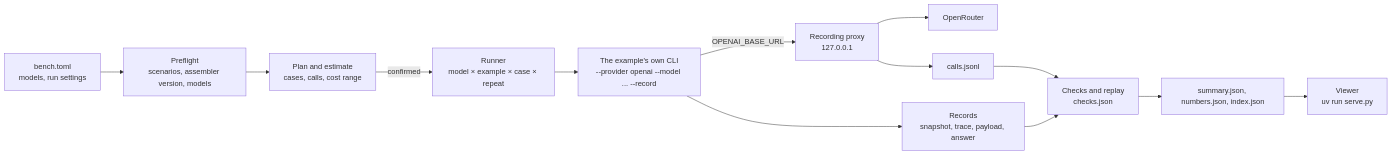
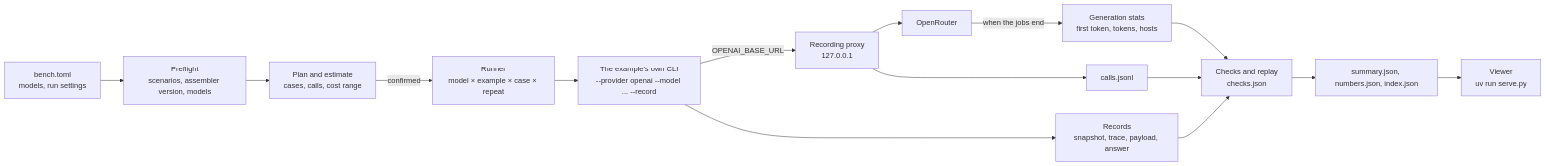
Before and after one commit to contextwindowarchitecture/examples: the diagram in bench/README.md, drawn with Mermaid. The commit also changed other lines of this file and 4 other files, not shown here.

````diff
--- a/bench/README.md
+++ b/bench/README.md
@@ -58,15 +59,17 @@
 ```mermaid
 flowchart LR
     C["bench.toml<br/>models, run settings"] --> F["Preflight<br/>scenarios, assembler version, models"]
     F --> E["Plan and estimate<br/>cases, calls, cost range"]
     E -->|confirmed| R["Runner<br/>model × example × case × repeat"]
     R --> X["The example's own CLI<br/>--provider openai --model ... --record"]
     X -->|OPENAI_BASE_URL| P["Recording proxy<br/>127.0.0.1"]
     P --> O["OpenRouter"]
     P --> L["calls.jsonl"]
+    O -->|"when the jobs end"| N["Generation stats<br/>first token, tokens, hosts"]
+    N --> G
     X --> D["Records<br/>snapshot, trace, payload, answer"]
     D --> G["Checks and replay<br/>checks.json"]
     L --> G
     G --> I["summary.json, numbers.json, index.json"]
     I --> V["Viewer<br/>uv run serve.py"]
 ```
````
